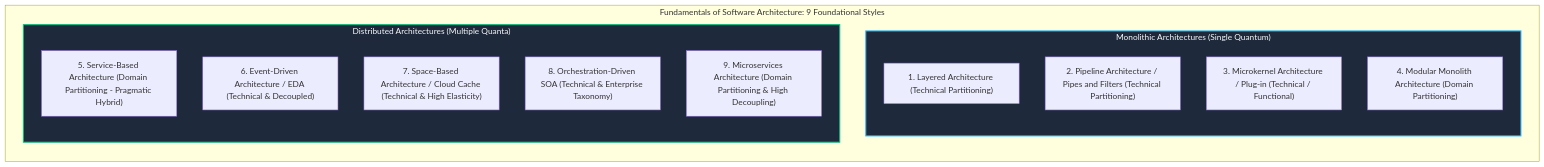
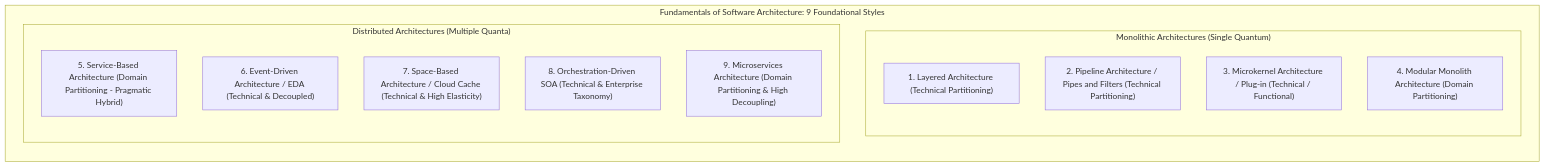
The diagram in topics/0.FUNDAMENTALS/Software Architecture and Modeling/1.ARCHITECTURE/1. Architecture Styles/output/query_Architecture_Styles/001_architectural_styles_catalog_and_comparative_analysis.md (AkmKawser/System-Design), drawn with Mermaid before and after one commit. The commit also changed 6 other files, not shown here.

Commit message:
fix(diagrams): remove dark fills and rects to ensure full visibility on GitHub light theme

````diff
--- a/topics/0.FUNDAMENTALS/Software Architecture and Modeling/1.ARCHITECTURE/1. Architecture Styles/output/query_Architecture_Styles/001_architectural_styles_catalog_and_comparative_analysis.md
+++ b/topics/0.FUNDAMENTALS/Software Architecture and Modeling/1.ARCHITECTURE/1. Architecture Styles/output/query_Architecture_Styles/001_architectural_styles_catalog_and_comparative_analysis.md
@@ -30,28 +30,24 @@
 ```mermaid
 flowchart TD
     subgraph STYLES["Fundamentals of Software Architecture: 9 Foundational Styles"]
         direction TB
         
         subgraph MONO["Monolithic Architectures (Single Quantum)"]
             direction TB
             M1["1. Layered Architecture (Technical Partitioning)"]
             M2["2. Pipeline Architecture / Pipes and Filters (Technical Partitioning)"]
             M3["3. Microkernel Architecture / Plug-in (Technical / Functional)"]
             M4["4. Modular Monolith Architecture (Domain Partitioning)"]
         end
         
         subgraph DIST["Distributed Architectures (Multiple Quanta)"]
             direction TB
             D1["5. Service-Based Architecture (Domain Partitioning - Pragmatic Hybrid)"]
             D2["6. Event-Driven Architecture / EDA (Technical & Decoupled)"]
             D3["7. Space-Based Architecture / Cloud Cache (Technical & High Elasticity)"]
             D4["8. Orchestration-Driven SOA (Technical & Enterprise Taxonomy)"]
             D5["9. Microservices Architecture (Domain Partitioning & High Decoupling)"]
         end
     end
 
-    classDef monoClass fill:#1e293b,stroke:#38bdf8,stroke-width:2px,color:#f8fafc;
-    classDef distClass fill:#1e293b,stroke:#10b981,stroke-width:2px,color:#f8fafc;
-    class MONO monoClass;
-    class DIST distClass;
 ```
````
